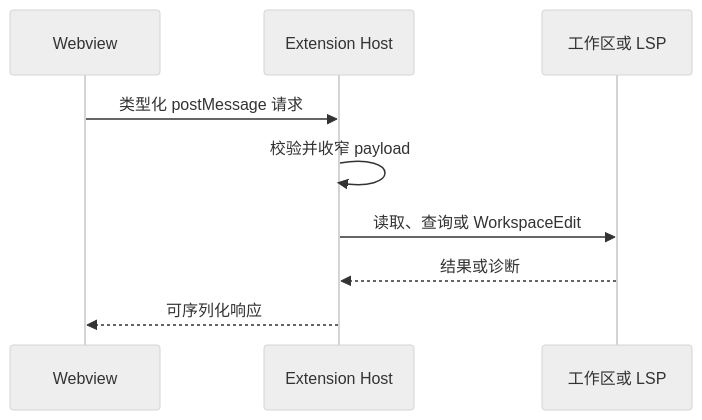
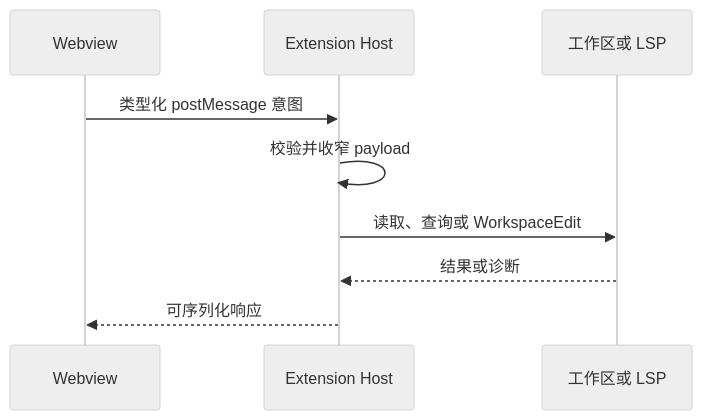
The ninth of 12 diagrams in ARCHITECTURE.md (Aa728848/cwtools-vscode), drawn with Mermaid (neutral theme) before and after one commit. The commit also changed other lines of this file and 76 other files, not shown here.

````diff
--- a/ARCHITECTURE.md
+++ b/ARCHITECTURE.md
@@ -424,12 +313,12 @@
 ```mermaid
 sequenceDiagram
     participant W as Webview
     participant H as Extension Host
     participant F as 工作区或 LSP
 
-    W->>H: 类型化 postMessage 请求
+    W->>H: 类型化 postMessage 意图
     H->>H: 校验并收窄 payload
     H->>F: 读取、查询或 WorkspaceEdit
     F-->>H: 结果或诊断
     H-->>W: 可序列化响应
 ```
````
